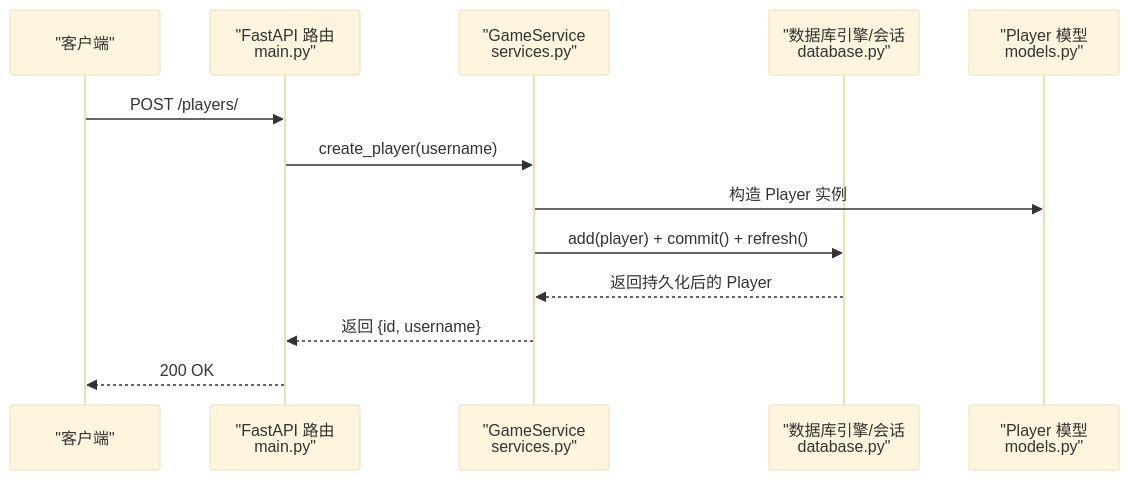
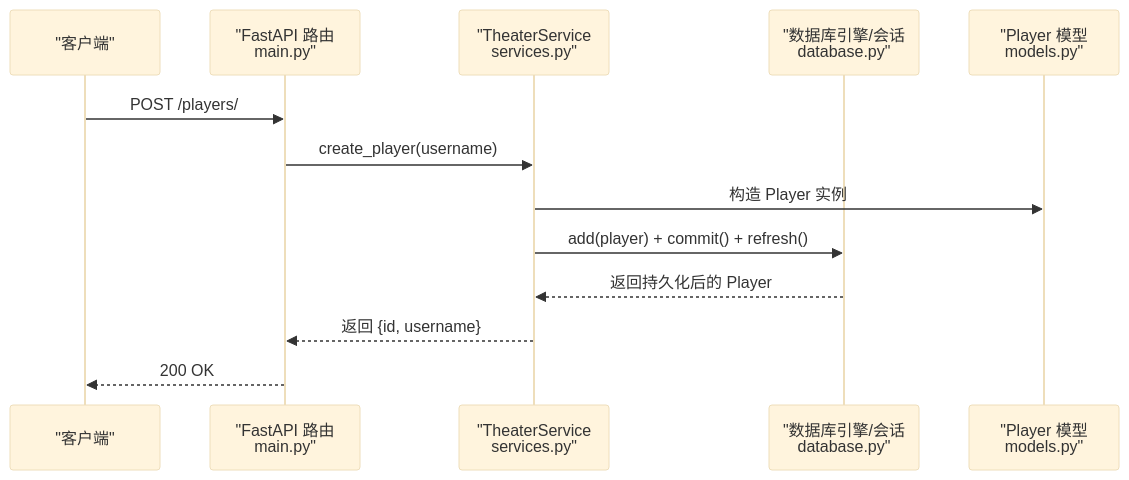
Before and after one commit to KunLabAI/KunFlix: the fifth of 8 diagrams in .qoder/repowiki/zh/content/数据库设计/数据库设计.md, drawn with Mermaid (base theme). The commit also changed other lines of this file and 112 other files, not shown here.

````diff
--- a/.qoder/repowiki/zh/content/数据库设计/数据库设计.md
+++ b/.qoder/repowiki/zh/content/数据库设计/数据库设计.md
@@ -333,15 +333,15 @@
 ```mermaid
 sequenceDiagram
 participant Client as "客户端"
 participant API as "FastAPI 路由<br/>main.py"
-participant Service as "GameService<br/>services.py"
+participant Service as "TheaterService<br/>services.py"
 participant DB as "数据库引擎/会话<br/>database.py"
 participant Model as "Player 模型<br/>models.py"
 Client->>API : POST /players/
 API->>Service : create_player(username)
 Service->>Model : 构造 Player 实例
 Service->>DB : add(player) + commit() + refresh()
 DB-->>Service : 返回持久化后的 Player
 Service-->>API : 返回 {id, username}
 API-->>Client : 200 OK
 ```
````
